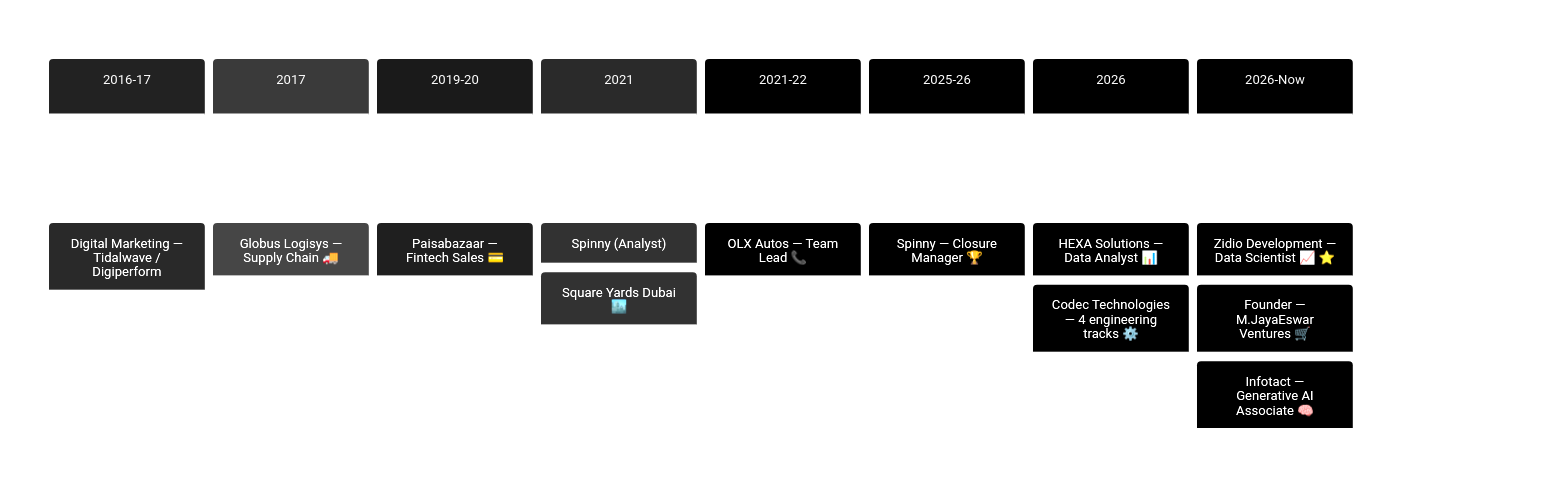
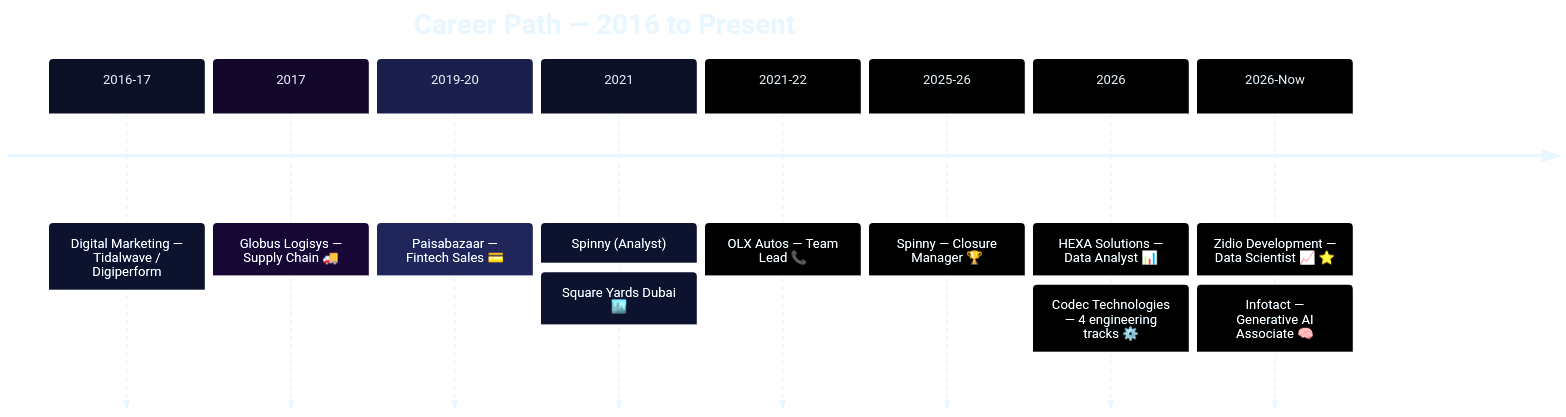
One commit to Eswar5313/Eswar5313 changed the diagram in EXPERIENCE.md. Above: the diagram before and after it, drawn with Mermaid. The commit also changed other lines of this file and 22 other files, not shown here.

````diff
--- a/EXPERIENCE.md
+++ b/EXPERIENCE.md
@@ -146,13 +139,13 @@
 ```mermaid
-%%{init: {'theme':'base','themeVariables':{'primaryColor':'#222222','primaryTextColor':'#FFFFFF','primaryBorderColor':'#FFFFFF','lineColor':'#FFFFFF','secondaryColor':'#000000','tertiaryColor':'#1A1A1A','cScale0':'#222222','cScale1':'#3A3A3A','cScale2':'#1A1A1A','cScale3':'#2A2A2A','pie1':'#FFFFFF','pie2':'#C9CDD6','pie3':'#9A9A9A','pie4':'#6A6A6A','pie5':'#3A3A3A','pie6':'#1A1A1A','fontFamily':'Georgia, serif'}}}%%
+%%{init: {'theme':'base','themeVariables':{'primaryColor':'#0B1026','primaryTextColor':'#E8F6FF','primaryBorderColor':'#00E5FF','lineColor':'#B388FF','secondaryColor':'#12062B','tertiaryColor':'#1B1F4B','cScale0':'#0B1026','cScale1':'#12062B','cScale2':'#1B1F4B','cScale3':'#0B1026','fontFamily':'Orbitron, Segoe UI, sans-serif'}}}%%
 timeline
     title Career Path — 2016 to Present
     2016-17 : Digital Marketing — Tidalwave / Digiperform
     2017 : Globus Logisys — Supply Chain 🚚
     2019-20 : Paisabazaar — Fintech Sales 💳
     2021 : Spinny (Analyst) : Square Yards Dubai 🏙️
     2021-22 : OLX Autos — Team Lead 📞
     2025-26 : Spinny — Closure Manager 🏆
     2026 : HEXA Solutions — Data Analyst 📊 : Codec Technologies — 4 engineering tracks ⚙️
-    2026-Now : Zidio Development — Data Scientist 📈 ⭐ : Founder — M.JayaEswar Ventures 🛒 : Infotact — Generative AI Associate 🧠
+    2026-Now : Zidio Development — Data Scientist 📈 ⭐ : Infotact — Generative AI Associate 🧠
 ```
````
